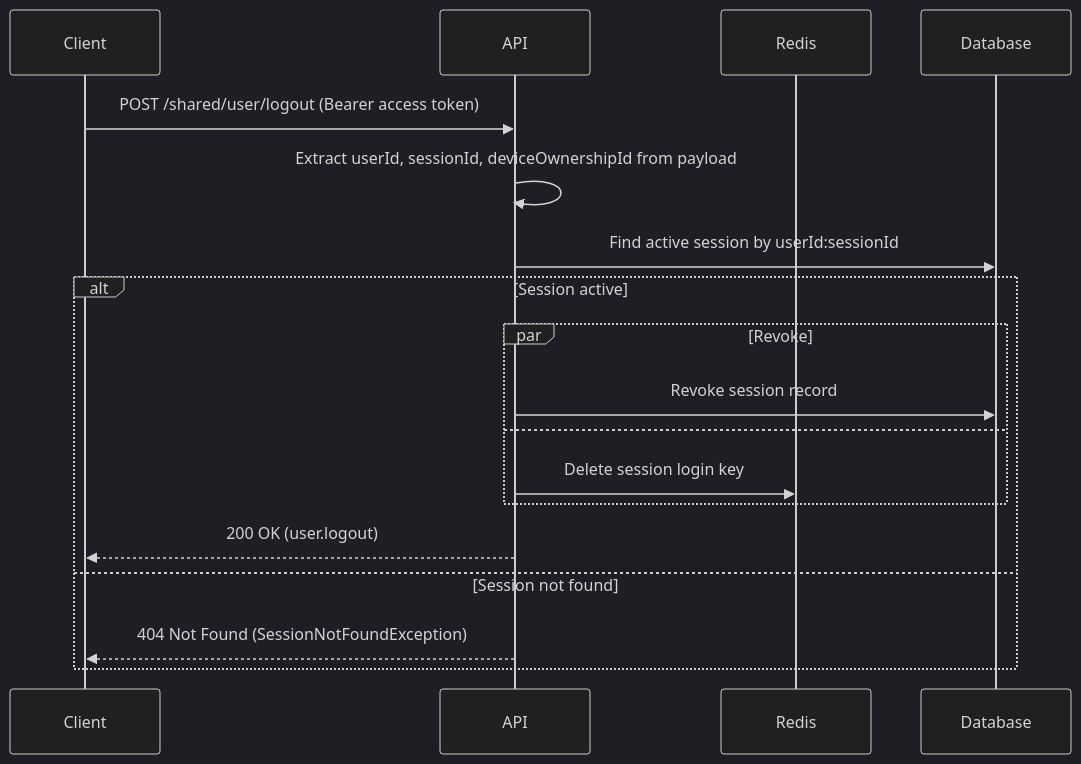
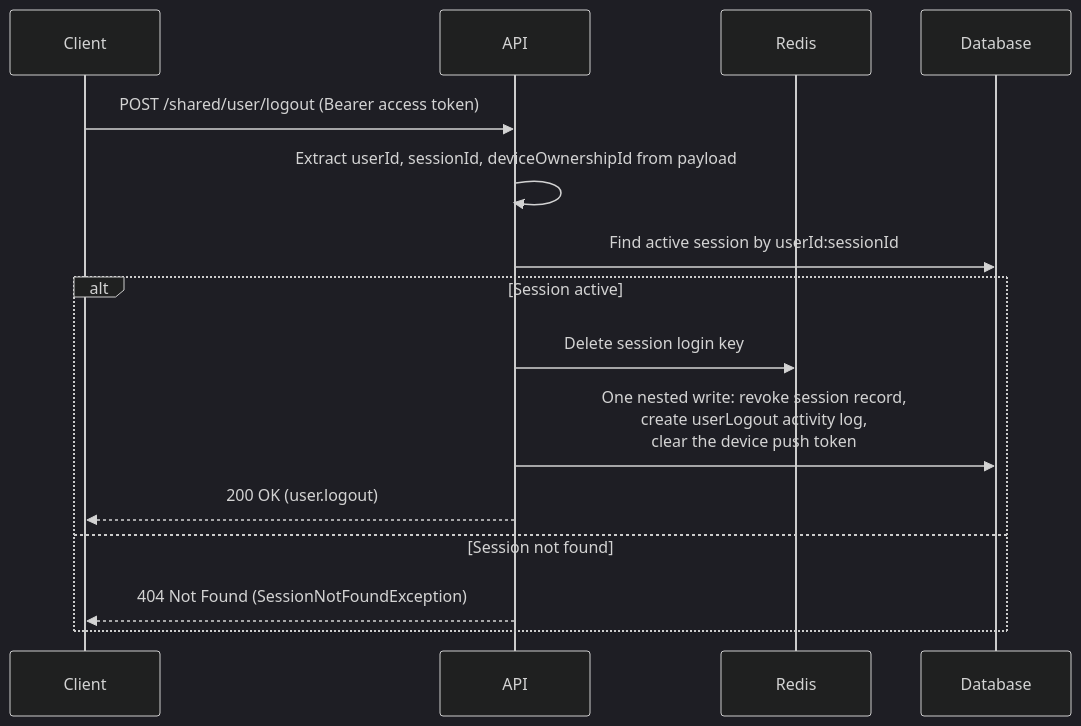
Before and after one commit to andrechristikan/ack-nestjs-boilerplate: the fourth of 9 diagrams in docs/authentication.md, drawn with Mermaid (dark theme). The commit also changed other lines of this file and 24 other files, not shown here.

````diff
--- a/docs/authentication.md
+++ b/docs/authentication.md
@@ -365,21 +365,18 @@
 ```mermaid
 sequenceDiagram
     participant Client
     participant API
     participant Redis
     participant Database
 
     Client->>API: POST /shared/user/logout (Bearer access token)
     API->>API: Extract userId, sessionId, deviceOwnershipId from payload
     API->>Database: Find active session by userId:sessionId
     alt Session active
-        par Revoke
-            API->>Database: Revoke session record
-        and
-            API->>Redis: Delete session login key
-        end
+        API->>Redis: Delete session login key
+        API->>Database: One nested write: revoke session record,<br/>create userLogout activity log,<br/>clear the device push token
         API-->>Client: 200 OK (user.logout)
     else Session not found
         API-->>Client: 404 Not Found (SessionNotFoundException)
     end
 ```
````
